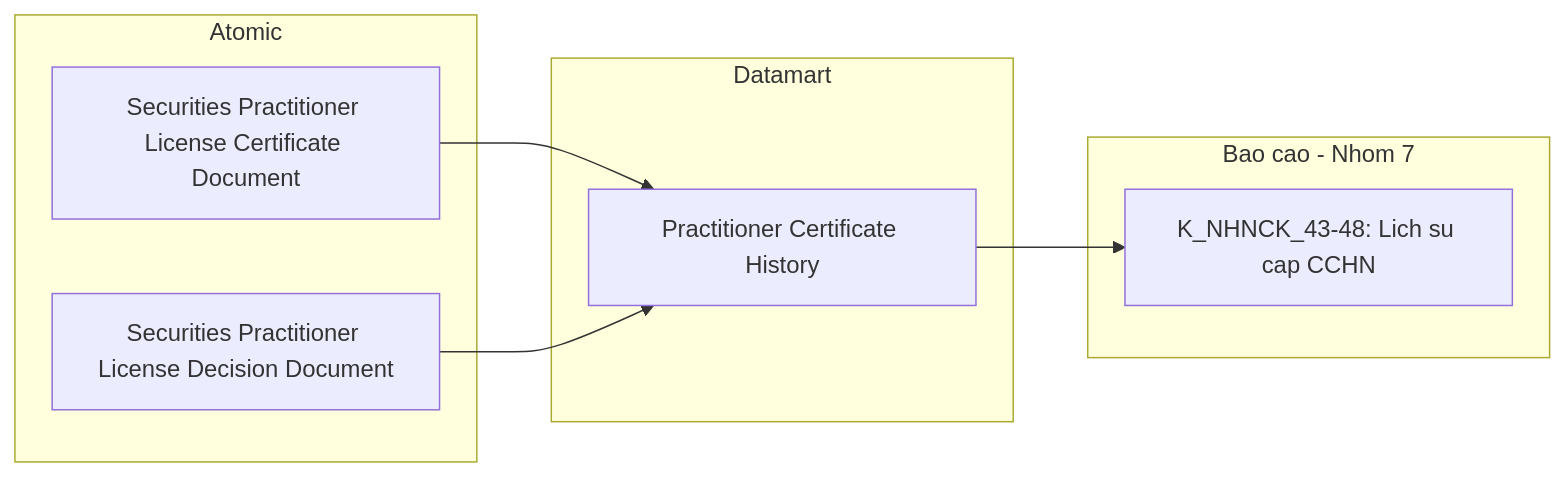
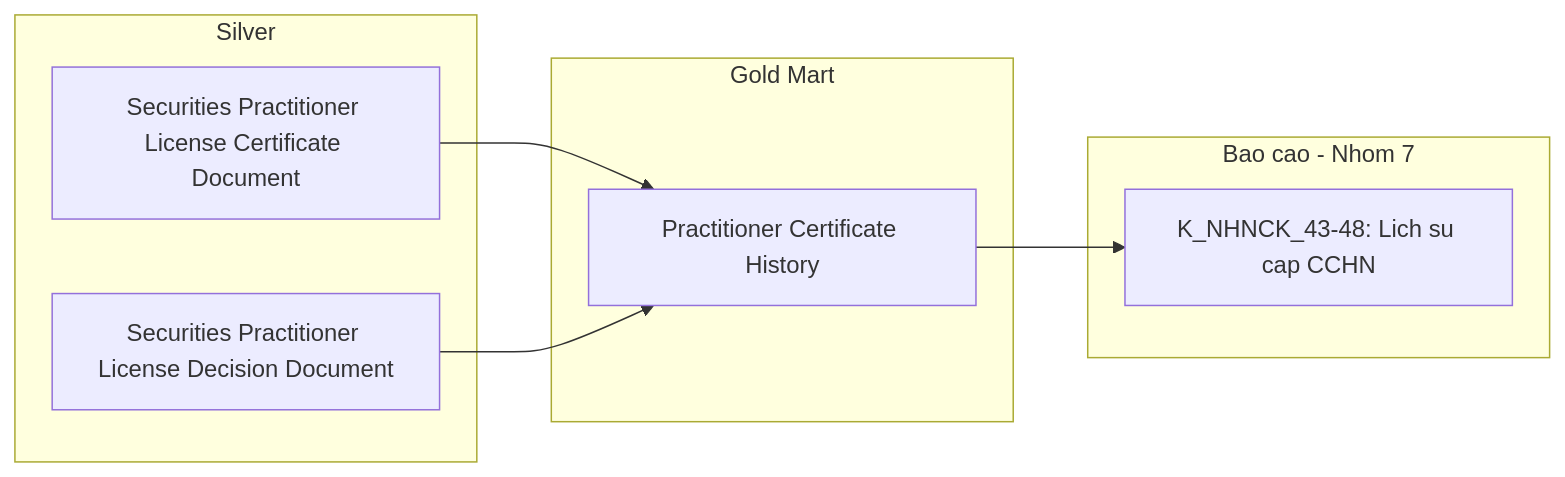
Before and after one commit to linhlvit/ubck_atomic_design: diagram 18 of 31 in Gold/hld/GOLD_NHNCK_HLD.md, drawn with Mermaid. The commit also changed other lines of this file and 2 other files, not shown here.

````diff
--- a/Gold/hld/GOLD_NHNCK_HLD.md
+++ b/Gold/hld/GOLD_NHNCK_HLD.md
@@ -841,16 +856,16 @@
 ```mermaid
 flowchart LR
-    subgraph SIL["Atomic"]
+    subgraph SIL["Silver"]
         SV1["Securities Practitioner License Certificate Document"]
         SV2["Securities Practitioner License Decision Document"]
     end
-    subgraph GOLD["Datamart"]
+    subgraph GOLD["Gold Mart"]
         G1["Practitioner Certificate History"]
     end
     subgraph RPT["Bao cao - Nhom 7"]
         R1["K_NHNCK_43-48: Lich su cap CCHN"]
     end
     SV1 --> G1
     SV2 --> G1
     G1 --> R1
 ```
````
